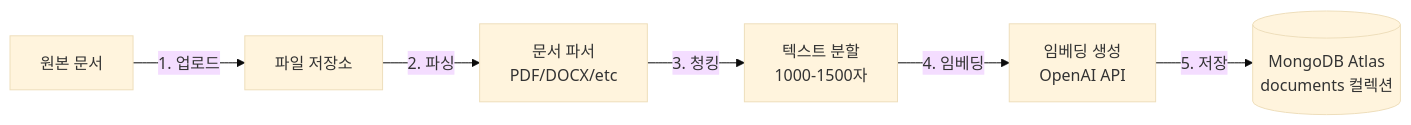
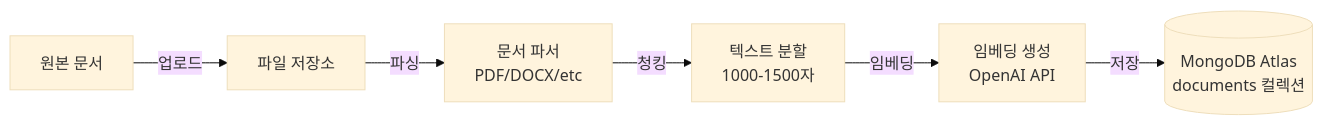
The second of 3 diagrams in mongodb_rag_guide/README.md (arabangoo/rag_vectordb_guide), drawn with Mermaid (base theme) before and after one commit.

````diff
--- a/mongodb_rag_guide/README.md
+++ b/mongodb_rag_guide/README.md
@@ -172,8 +172,8 @@
 ```mermaid
 graph LR
-    Doc[원본 문서] -->|1. 업로드| Storage[파일 저장소]
-    Storage -->|2. 파싱| Parser[문서 파서<br/>PDF/DOCX/etc]
-    Parser -->|3. 청킹| Chunker[텍스트 분할<br/>1000-1500자]
-    Chunker -->|4. 임베딩| Embed[임베딩 생성<br/>OpenAI API]
-    Embed -->|5. 저장| MongoDB[(MongoDB Atlas<br/>documents 컬렉션)]
+    Doc[원본 문서] -->|업로드| Storage[파일 저장소]
+    Storage -->|파싱| Parser[문서 파서<br/>PDF/DOCX/etc]
+    Parser -->|청킹| Chunker[텍스트 분할<br/>1000-1500자]
+    Chunker -->|임베딩| Embed[임베딩 생성<br/>OpenAI API]
+    Embed -->|저장| MongoDB[(MongoDB Atlas<br/>documents 컬렉션)]
 ```
````
